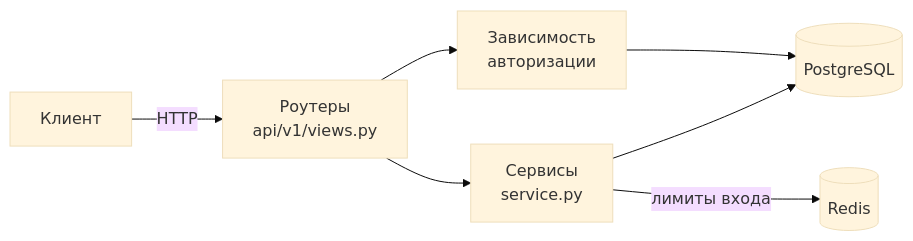
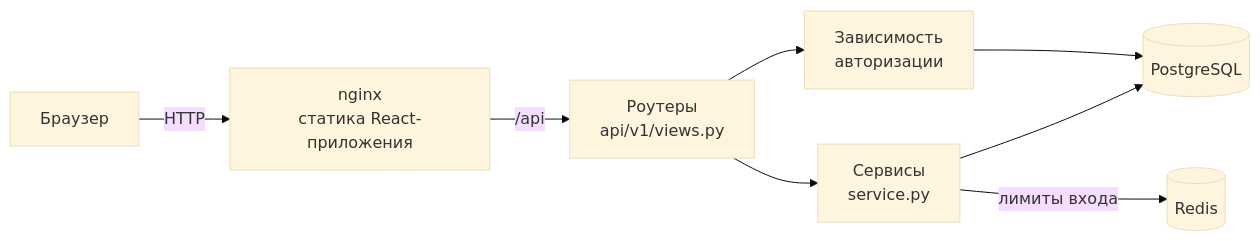
One commit to sanakoy/diplomchik_v2 changed the diagram in README.md. Above: the diagram before and after it, drawn with Mermaid (base theme). The commit also changed other lines of this file and 1 other file, not shown here.

````diff
--- a/README.md
+++ b/README.md
@@ -122,9 +141,10 @@
 ```mermaid
 flowchart LR
-    Client[Клиент] -->|HTTP| Router[Роутеры<br/>api/v1/views.py]
+    Client[Браузер] -->|HTTP| Nginx[nginx<br/>статика React-приложения]
+    Nginx -->|/api| Router[Роутеры<br/>api/v1/views.py]
     Router --> Auth[Зависимость<br/>авторизации]
     Router --> Service[Сервисы<br/>service.py]
     Service --> PG[(PostgreSQL)]
     Service -->|лимиты входа| Redis[(Redis)]
     Auth --> PG
 ```
````
